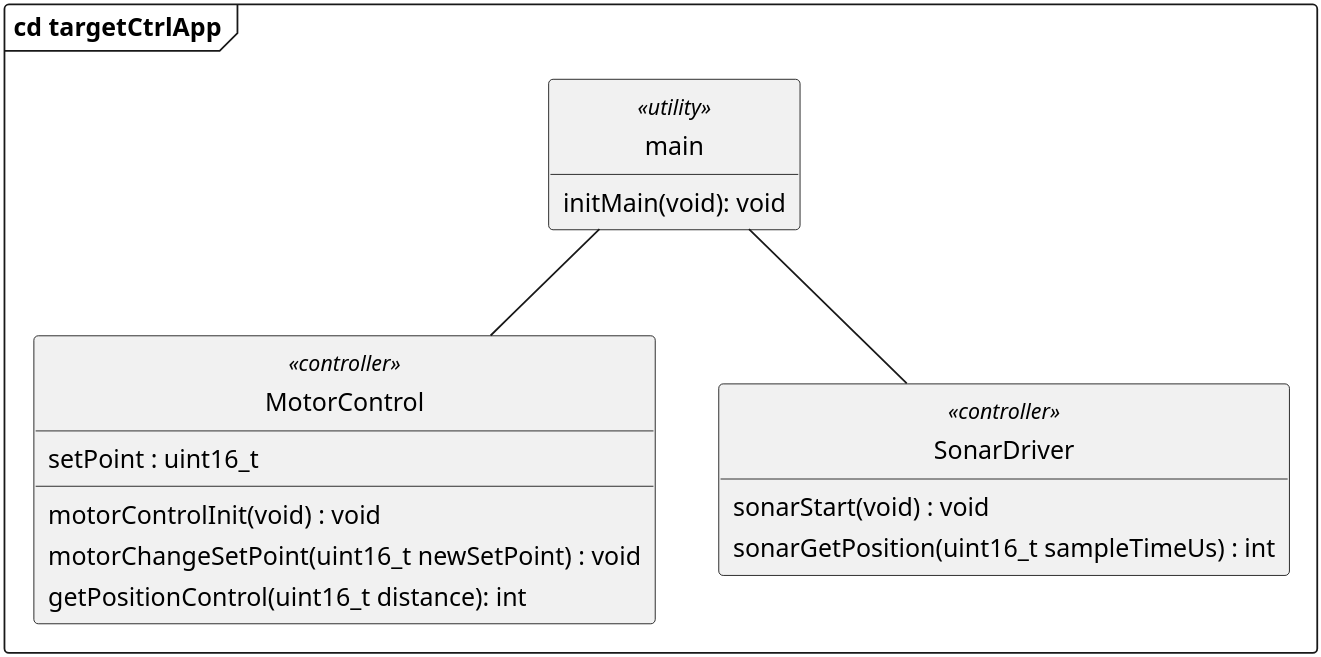
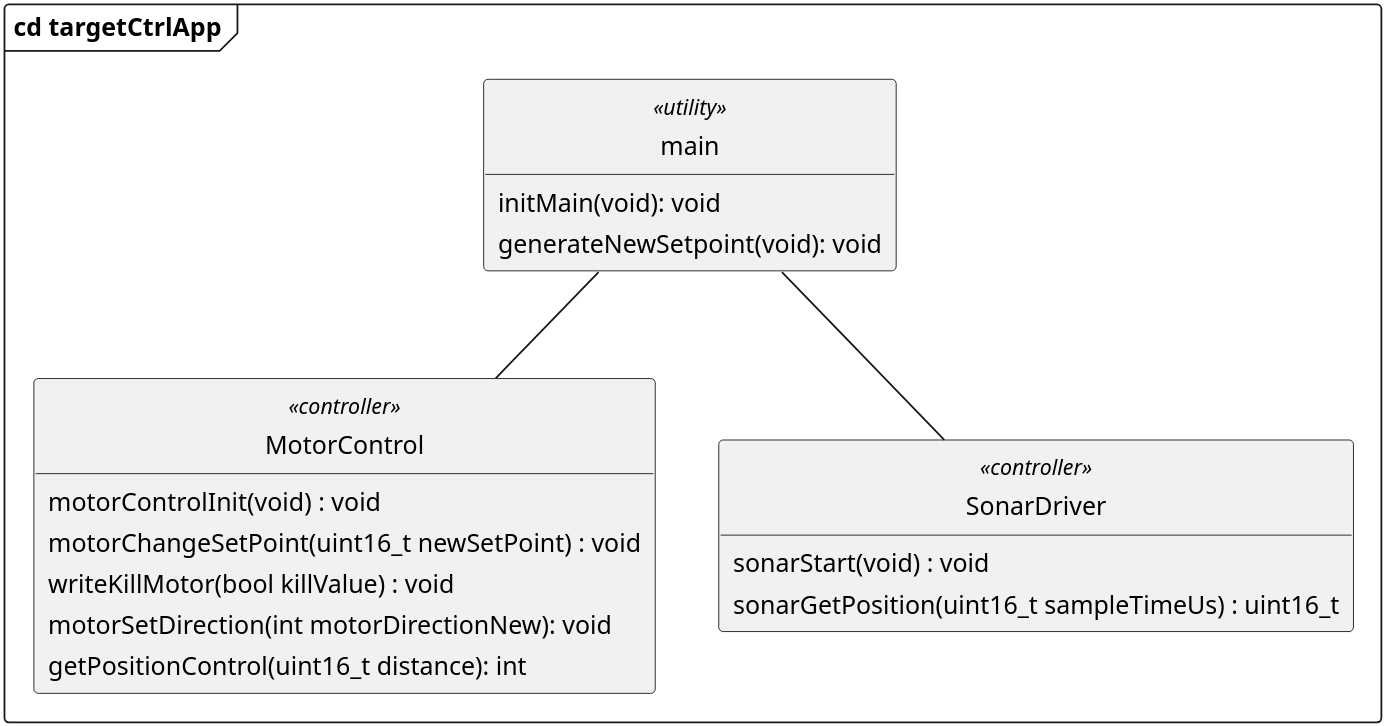
Before and after one commit to LasseKrarup/Laser-Tag-Project: the diagram in PlantUML/src/targetCtrlApp_cd.plantuml, drawn with PlantUML. The commit also changed 1 other file, not shown here.

```diff
--- a/PlantUML/src/targetCtrlApp_cd.plantuml
+++ b/PlantUML/src/targetCtrlApp_cd.plantuml
@@ -2,37 +2,39 @@
 @startuml practiceKitCtrlApp_cd
 scale 1.5
 skinparam {
     monochrome true
     dpi 300
     padding 2
     packageStyle rectangle
     packageStyle frame
     shadowing false
     classAttributeIconSize 0
 }
 hide circle
 hide empty members
 
 frame "cd targetCtrlApp" {
 
     class main <<utility>> {
         initMain(void): void
+        generateNewSetpoint(void): void
     }
 
     class MotorControl <<controller>> {
-        setPoint : uint16_t
         motorControlInit(void) : void
         motorChangeSetPoint(uint16_t newSetPoint) : void
+        writeKillMotor(bool killValue) : void
+        motorSetDirection(int motorDirectionNew): void
         getPositionControl(uint16_t distance): int
     }
 
     class SonarDriver <<controller>> {
         sonarStart(void) : void
-        sonarGetPosition(uint16_t sampleTimeUs) : int
+        sonarGetPosition(uint16_t sampleTimeUs) : uint16_t
     }
 }
 
 main -- MotorControl
 main -- SonarDriver
 
 @enduml
```
